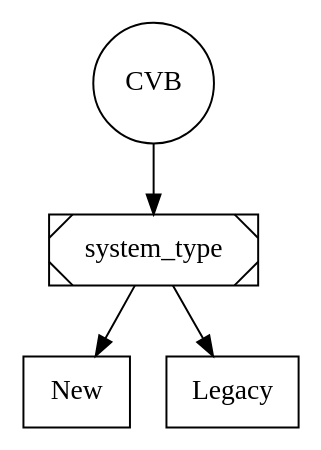
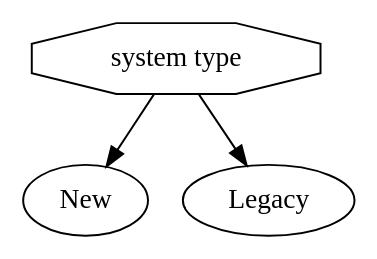
One commit to sbusari/RADAR2 changed the diagram in uk.ac.ucl.cs.results/CVB/graph/dgraph.dot. Above: the diagram before and after it, drawn with Graphviz. The commit also changed 20 other files, not shown here.

```diff
--- a/uk.ac.ucl.cs.results/CVB/graph/dgraph.dot
+++ b/uk.ac.ucl.cs.results/CVB/graph/dgraph.dot
@@ -1,11 +1,5 @@
 digraph G { 
-rankdir = BT; 
-edge[dir=back]; 
-CVB[shape=circle]
-"system_type"[shape=polygon, style=diagonals]
-"New"[shape=box]
-"Legacy"[shape=box]
-"New"->"system_type"
-"Legacy"->"system_type"
-"system_type"->CVB
+"system type" [shape = polygon, sides =8] 
+"system type" -> "New"
+"system type" -> "Legacy"
 }
```
